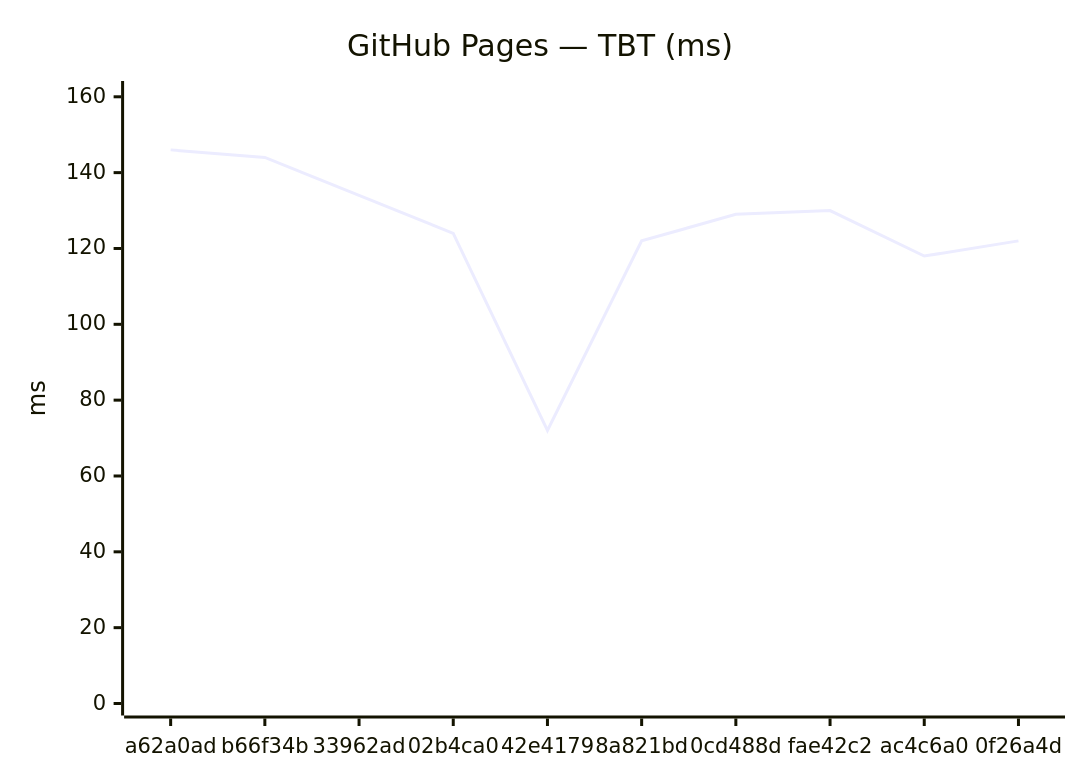
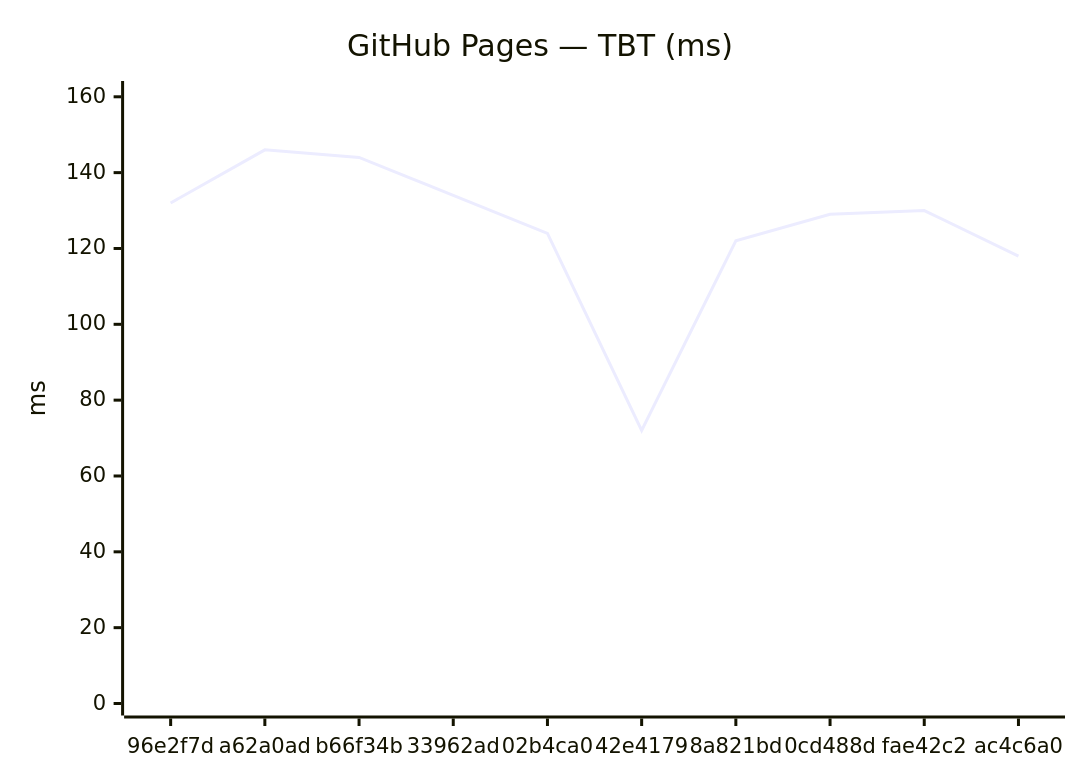
The fourth of 18 diagrams in benchmarks/compare.md (Metaheurist/Rianell), drawn with Mermaid before and after one commit. The commit also changed other lines of this file and 11 other files, not shown here.

````diff
--- a/benchmarks/compare.md
+++ b/benchmarks/compare.md
@@ -61,7 +61,7 @@
 ```mermaid
 xychart-beta
     title "GitHub Pages — TBT (ms)"
-    x-axis ["a62a0ad", "b66f34b", "33962ad", "02b4ca0", "42e4179", "8a821bd", "0cd488d", "fae42c2", "ac4c6a0", "0f26a4d"]
+    x-axis ["96e2f7d", "a62a0ad", "b66f34b", "33962ad", "02b4ca0", "42e4179", "8a821bd", "0cd488d", "fae42c2", "ac4c6a0"]
     y-axis "ms" 0 --> 161
-    line [146, 144, 134, 124, 72, 122, 129, 130, 118, 122]
+    line [132, 146, 144, 134, 124, 72, 122, 129, 130, 118]
 ```
````
